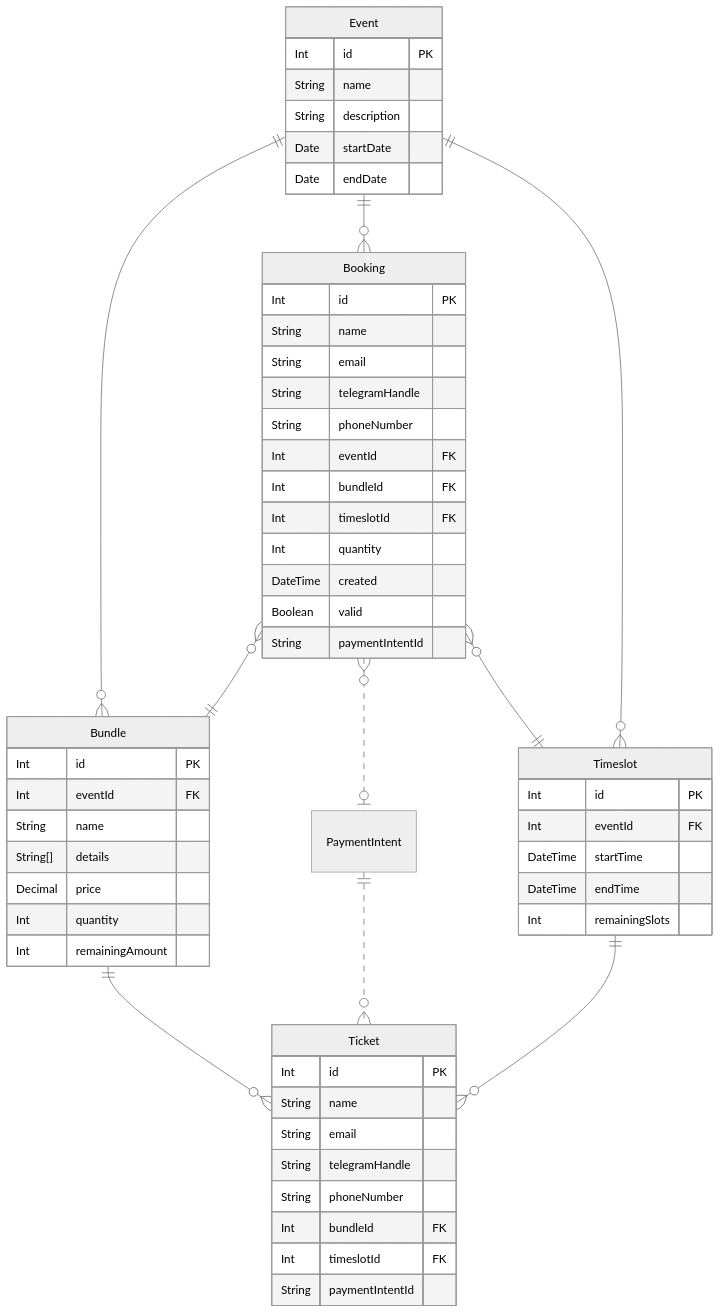
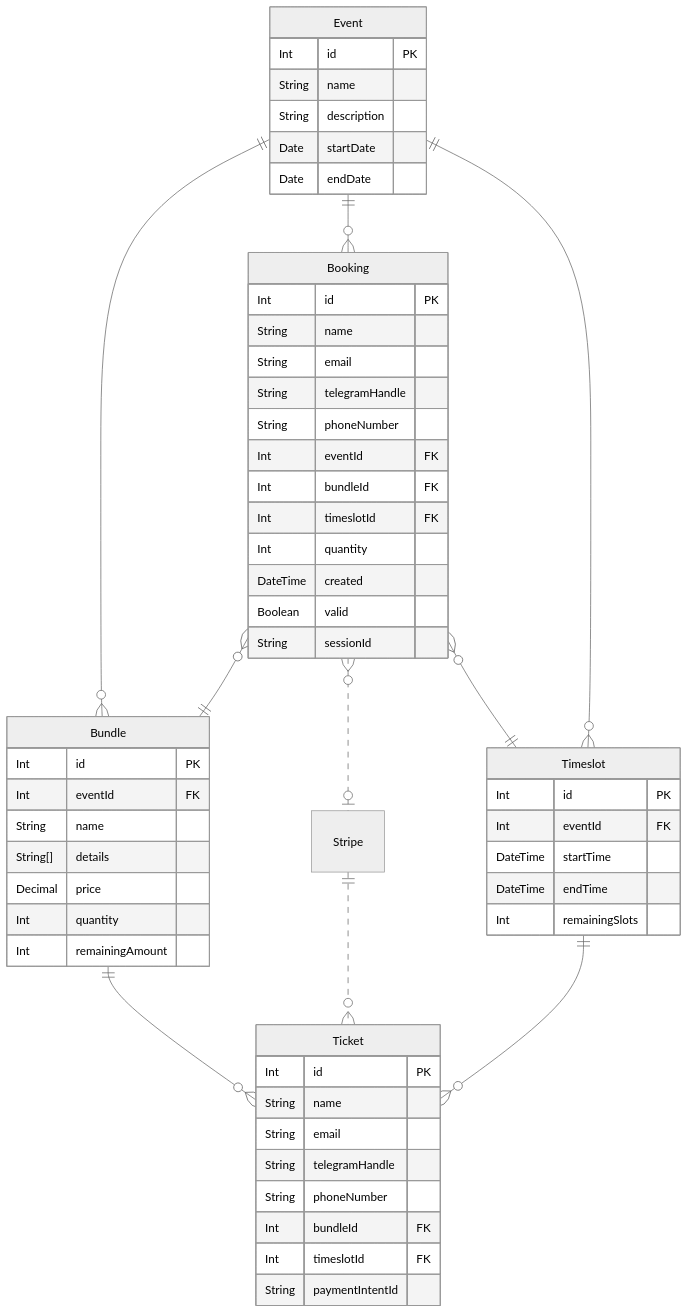
Before and after one commit to GTD-IT-XXIV/gtd-xxvi-website: the diagram in docs/er-diagrams.md, drawn with Mermaid (neutral theme). The commit also changed 14 other files, not shown here.

````diff
--- a/docs/er-diagrams.md
+++ b/docs/er-diagrams.md
@@ -5,61 +5,61 @@
 ```mermaid
 erDiagram
   Event {
     Int id PK
     String name
     String description
     Date startDate
     Date endDate
   }
   Bundle {
     Int id PK
     Int eventId FK
     String name
     String[] details
     Decimal price
     Int quantity
     Int remainingAmount
   }
   Timeslot {
     Int id PK
     Int eventId FK
     DateTime startTime
     DateTime endTime
     Int remainingSlots
   }
   Ticket {
     Int id PK
     String name
     String email
     String telegramHandle
     String phoneNumber
     Int bundleId FK
     Int timeslotId FK
     String paymentIntentId
   }
   Booking {
     Int id PK
     String name
     String email
     String telegramHandle
     String phoneNumber
     Int eventId FK
     Int bundleId FK
     Int timeslotId FK
     Int quantity
     DateTime created
     Boolean valid
-    String paymentIntentId
+    String sessionId
   }
-  PaymentIntent {}
+  Stripe {}
 
   Event ||--o{ Bundle: ""
   Event ||--o{ Booking : ""
   Booking }o--|| Bundle : ""
-  Booking }o..o| PaymentIntent : ""
+  Booking }o..o| Stripe: ""
   Booking }o--|| Timeslot : ""
   Event ||--o{ Timeslot: ""
   Bundle ||--o{ Ticket : ""
-  PaymentIntent ||..o{ Ticket : ""
+  Stripe ||..o{ Ticket : ""
   Timeslot ||--o{ Ticket : ""
 ```
````
